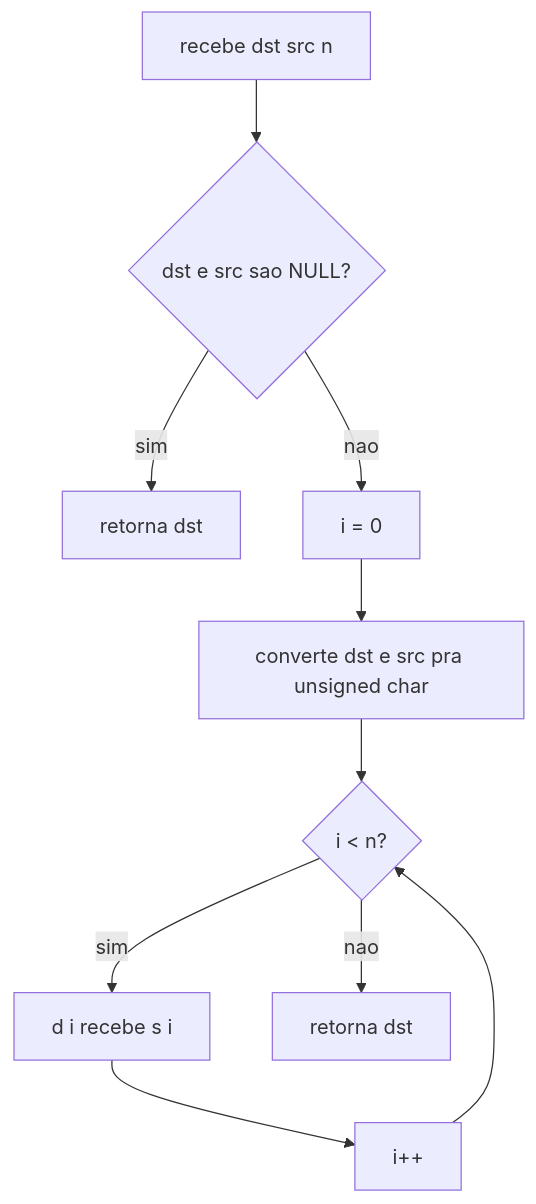
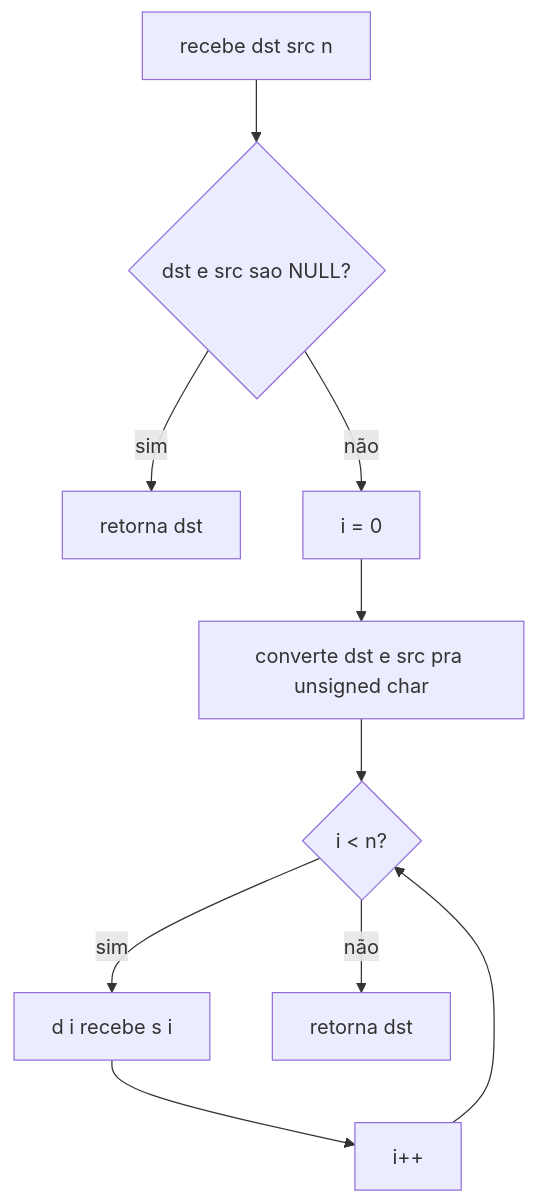
Before and after one commit to ahy-git/docs: the ninth of 43 diagrams in 1-libft/Readme.md, drawn with Mermaid. The commit also changed other lines of this file and 1 other file, not shown here.

````diff
--- a/1-libft/Readme.md
+++ b/1-libft/Readme.md
@@ -860,12 +860,12 @@
 ```mermaid
 flowchart TD
-	A[recebe dst src n] --> B{dst e src sao NULL?}
-	B -- sim --> C[retorna dst]
-	B -- nao --> D[i = 0]
-	D --> E[converte dst e src pra unsigned char]
-	E --> F{i < n?}
-	F -- sim --> G[d i recebe s i]
-	G --> H[i++]
+	A["recebe dst src n"] --> B{"dst e src sao NULL?"}
+	B -- sim --> C["retorna dst"]
+	B -- não --> D["i = 0"]
+	D --> E["converte dst e src pra unsigned char"]
+	E --> F{"i < n?"}
+	F -- sim --> G["d i recebe s i"]
+	G --> H["i++"]
 	H --> F
-	F -- nao --> I[retorna dst]
+	F -- não --> I["retorna dst"]
 ```
````
